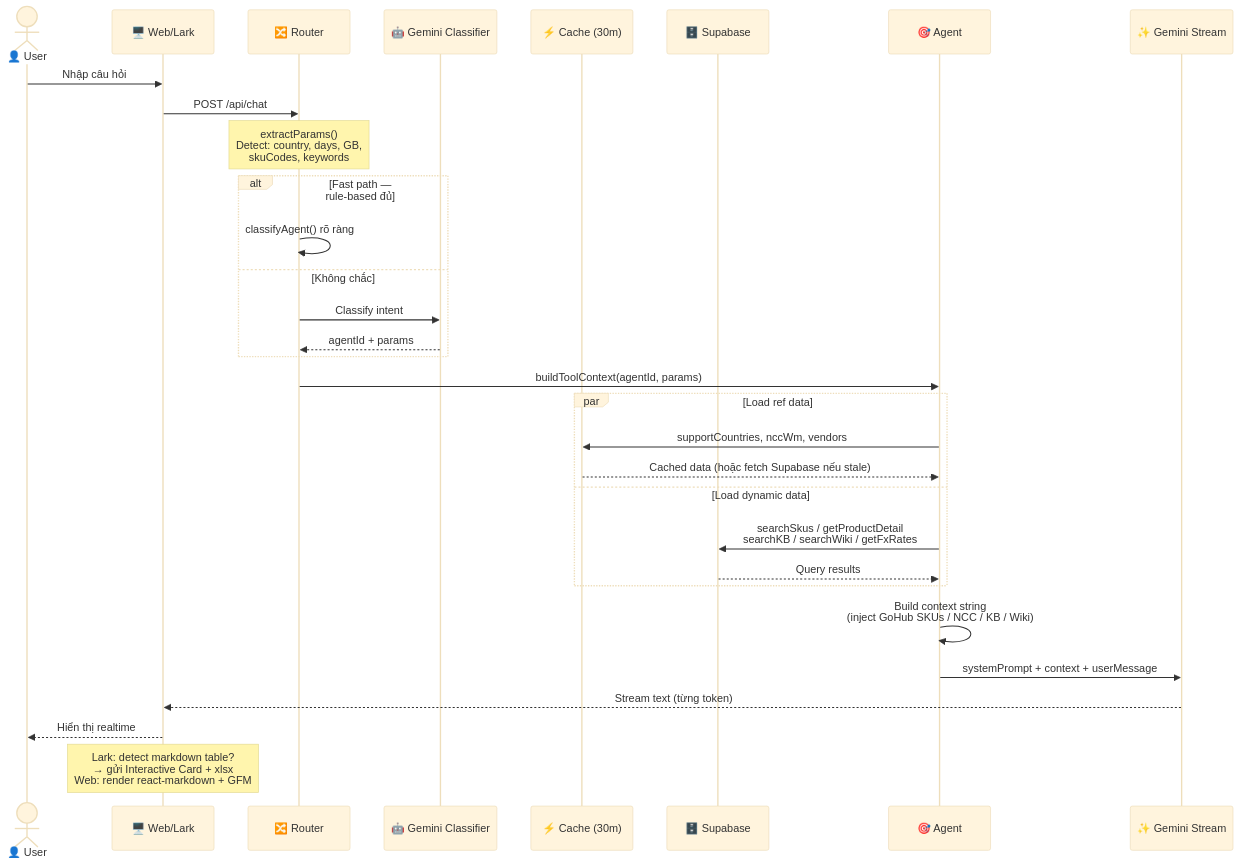
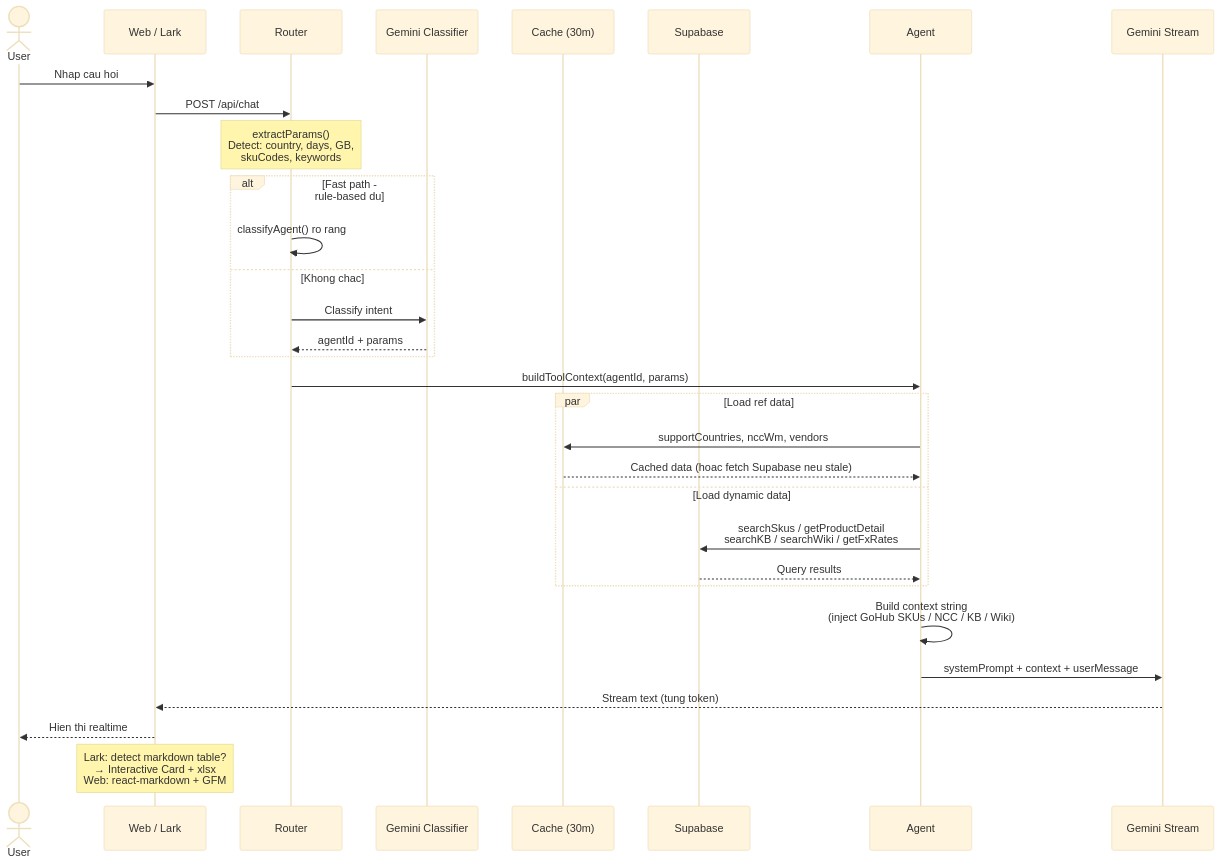
The second of 7 diagrams in docs/wiki/system/Second-Brain-Architecture.md (NguyenHoangHieu-ue/gohub), drawn with Mermaid (base theme) before and after one commit. The commit also changed other lines of this file, not shown here.

First line of the commit message:
fix: Second Brain diagram — remove emoji + add Done/Chua lam status notes

````diff
--- a/docs/wiki/system/Second-Brain-Architecture.md
+++ b/docs/wiki/system/Second-Brain-Architecture.md
@@ -106,41 +99,41 @@
 ```mermaid
 sequenceDiagram
-    actor User as 👤 User
-    participant UI as 🖥️ Web/Lark
-    participant Router as 🔀 Router
-    participant Gemini_C as 🤖 Gemini Classifier
-    participant Cache as ⚡ Cache (30m)
-    participant DB as 🗄️ Supabase
-    participant Agent as 🎯 Agent
-    participant Gemini_G as ✨ Gemini Stream
+    actor User as User
+    participant UI as Web / Lark
+    participant Router as Router
+    participant Gemini_C as Gemini Classifier
+    participant Cache as Cache (30m)
+    participant DB as Supabase
+    participant Agent as Agent
+    participant Gemini_G as Gemini Stream
 
-    User->>UI: Nhập câu hỏi
+    User->>UI: Nhap cau hoi
     UI->>Router: POST /api/chat
 
     Note over Router: extractParams()<br/>Detect: country, days, GB,<br/>skuCodes, keywords
 
-    alt Fast path — rule-based đủ
-        Router->>Router: classifyAgent() rõ ràng
-    else Không chắc
+    alt Fast path - rule-based du
+        Router->>Router: classifyAgent() ro rang
+    else Khong chac
         Router->>Gemini_C: Classify intent
         Gemini_C-->>Router: agentId + params
     end
 
     Router->>Agent: buildToolContext(agentId, params)
 
     par Load ref data
         Agent->>Cache: supportCountries, nccWm, vendors
-        Cache-->>Agent: Cached data (hoặc fetch Supabase nếu stale)
+        Cache-->>Agent: Cached data (hoac fetch Supabase neu stale)
     and Load dynamic data
         Agent->>DB: searchSkus / getProductDetail<br/>searchKB / searchWiki / getFxRates
         DB-->>Agent: Query results
     end
 
     Agent->>Agent: Build context string<br/>(inject GoHub SKUs / NCC / KB / Wiki)
 
     Agent->>Gemini_G: systemPrompt + context + userMessage
-    Gemini_G-->>UI: Stream text (từng token)
-    UI-->>User: Hiển thị realtime
+    Gemini_G-->>UI: Stream text (tung token)
+    UI-->>User: Hien thi realtime
 
-    Note over UI: Lark: detect markdown table?<br/>→ gửi Interactive Card + xlsx<br/>Web: render react-markdown + GFM
+    Note over UI: Lark: detect markdown table?<br/>→ Interactive Card + xlsx<br/>Web: react-markdown + GFM
 ```
````
